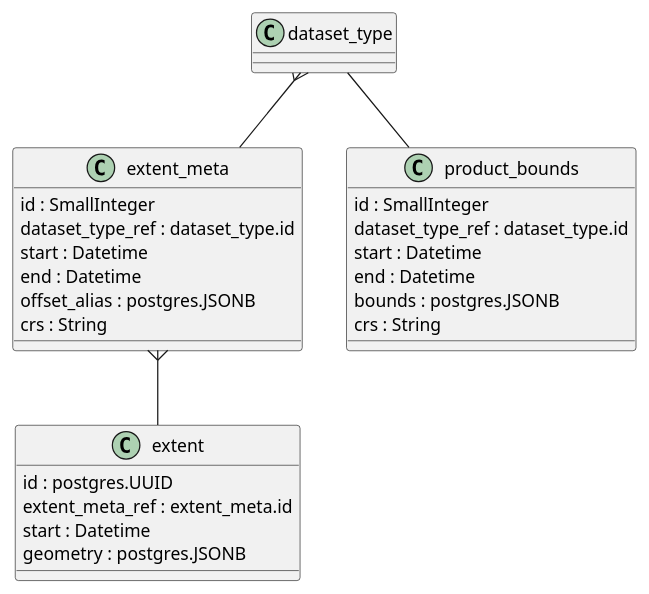
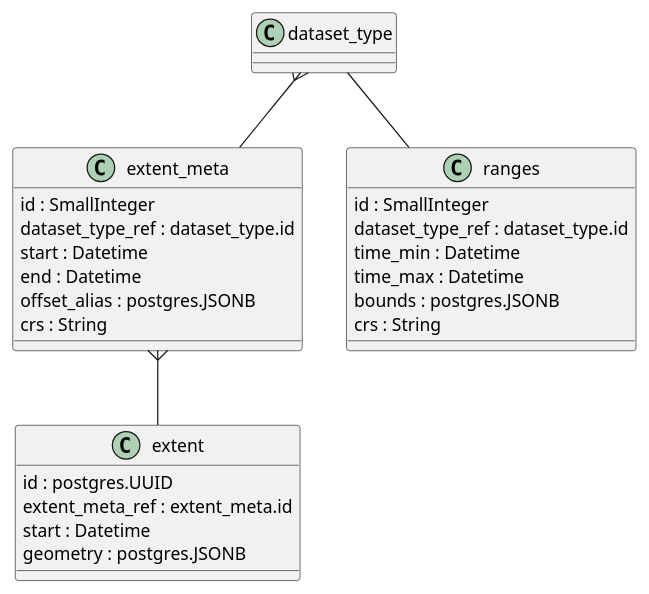
One commit to opendatacube/datacube-core changed the diagram in datacube/db_extent/schema_diagrams.plantuml. Above: the diagram before and after it, drawn with PlantUML.

Commit message:
Schema updates.

```diff
--- a/datacube/db_extent/schema_diagrams.plantuml
+++ b/datacube/db_extent/schema_diagrams.plantuml
@@ -1,29 +1,29 @@
 @startuml
 class extent {
     id : postgres.UUID
     extent_meta_ref : extent_meta.id
     start : Datetime
     geometry : postgres.JSONB
 }
 class extent_meta {
     id : SmallInteger
     dataset_type_ref : dataset_type.id
     start : Datetime
     end : Datetime
     offset_alias : postgres.JSONB
     crs : String
 }
-class product_bounds {
+class ranges {
     id : SmallInteger
     dataset_type_ref : dataset_type.id
-    start : Datetime
-    end : Datetime
+    time_min : Datetime
+    time_max : Datetime
     bounds : postgres.JSONB
     crs : String
 }
 class dataset_type
 
 dataset_type }-- extent_meta
-dataset_type -- product_bounds
+dataset_type -- ranges
 extent_meta }-- extent
 @enduml
```
